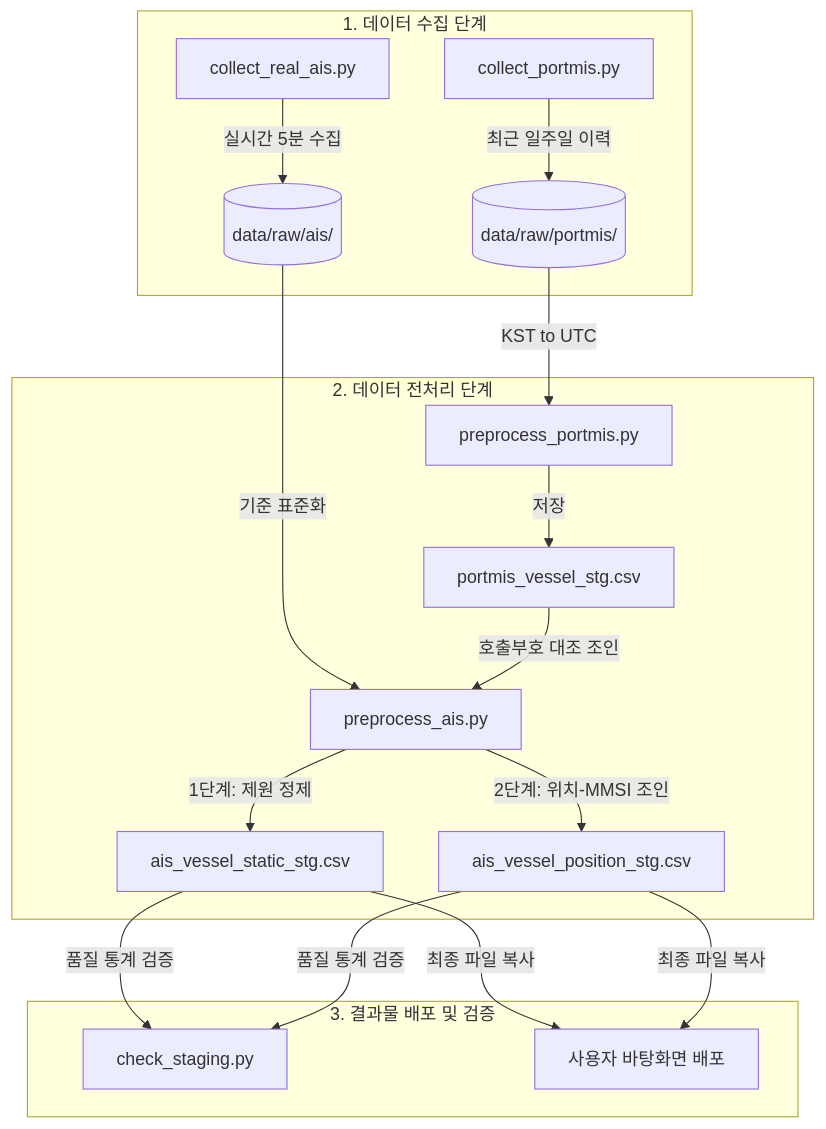
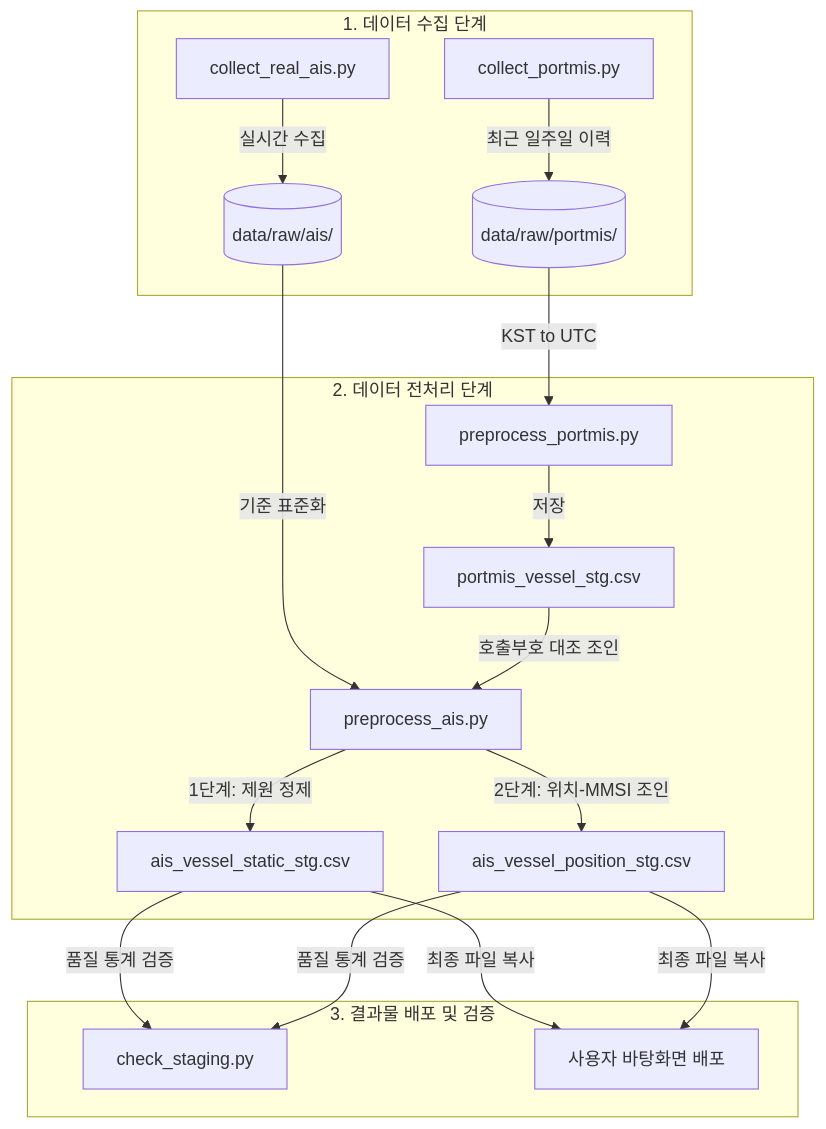
Before and after one commit to SmartPortMAS/smart-port-multi-agent: the diagram in README_preprocessing.md, drawn with Mermaid. The commit also changed other lines of this file, not shown here.

First line of the commit message:
Revise README_preprocessing with updated data details

````diff
--- a/README_preprocessing.md
+++ b/README_preprocessing.md
@@ -28,22 +30,22 @@
 ```mermaid
 flowchart TD
     subgraph A [1. 데이터 수집 단계]
-        A1[collect_real_ais.py] -->|실시간 5분 수집| A2[(data/raw/ais/)]
+        A1[collect_real_ais.py] -->|실시간 수집| A2[(data/raw/ais/)]
         A3[collect_portmis.py] -->|최근 일주일 이력| A4[(data/raw/portmis/)]
     end
 
     subgraph B [2. 데이터 전처리 단계]
         A4 -->|KST to UTC| B1[preprocess_portmis.py]
         B1 -->|저장| B2[portmis_vessel_stg.csv]
         
         A2 -->|기준 표준화| B3[preprocess_ais.py]
         B2 -->|호출부호 대조 조인| B3
         B3 -->|1단계: 제원 정제| B4[ais_vessel_static_stg.csv]
         B3 -->|2단계: 위치-MMSI 조인| B5[ais_vessel_position_stg.csv]
     end
 
     subgraph C [3. 결과물 배포 및 검증]
         B4 & B5 -->|품질 통계 검증| C1[check_staging.py]
         B4 & B5 -->|최종 파일 복사| C2[사용자 바탕화면 배포]
     end
 ```
````
